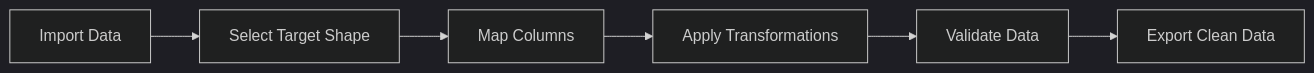
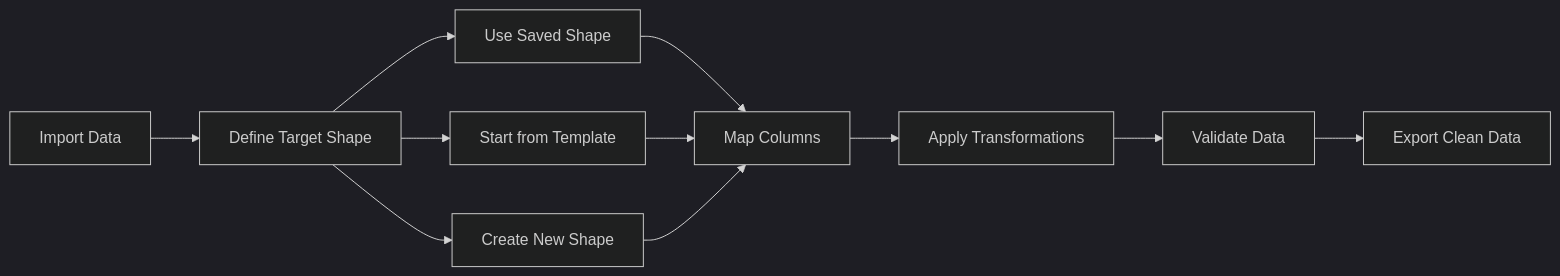
Before and after one commit to danielpowell4/citrus-surf: the diagram in docs/README.md, drawn with Mermaid (dark theme). The commit also changed other lines of this file and 20 other files, not shown here.

````diff
--- a/docs/README.md
+++ b/docs/README.md
@@ -41,8 +45,13 @@
 ```mermaid
 graph LR
-    A[Import Data] --> B[Select Target Shape]
-    B --> C[Map Columns]
+    A[Import Data] --> B[Define Target Shape]
+    B --> B1[Use Saved Shape]
+    B --> B2[Start from Template]
+    B --> B3[Create New Shape]
+    B1 --> C[Map Columns]
+    B2 --> C
+    B3 --> C
     C --> D[Apply Transformations]
     D --> E[Validate Data]
     E --> F[Export Clean Data]
 ```
````
